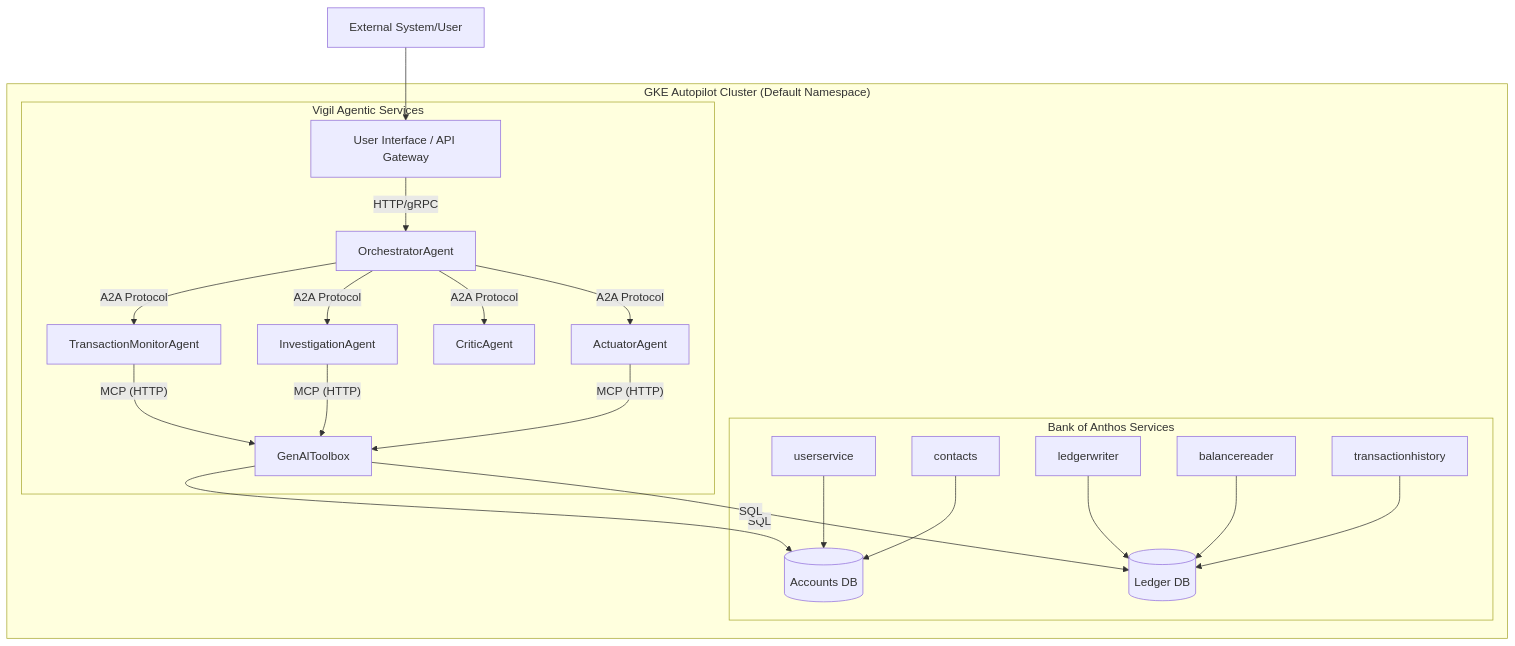
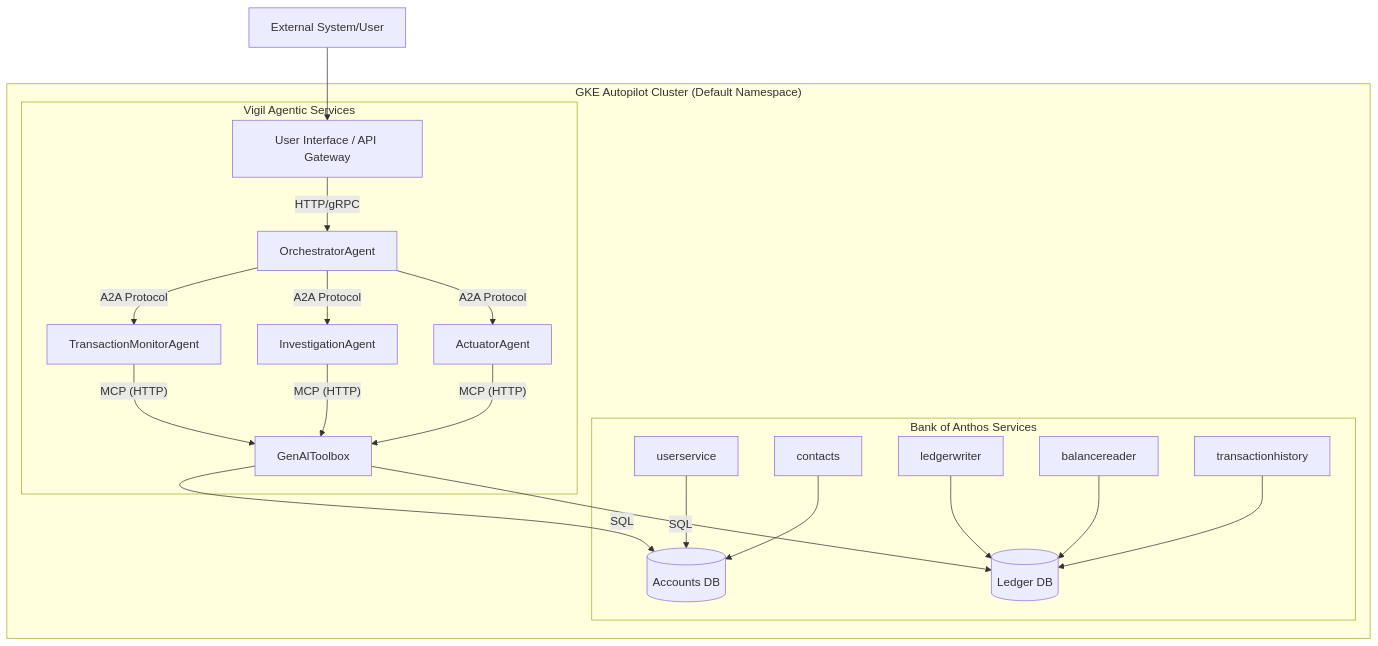
The diagram in README.md (dgexplores/vigil), drawn with Mermaid before and after one commit. The commit also changed other lines of this file and 5 other files, not shown here.

Commit message:
Refactor orchestrator to remove critic agent path

````diff
--- a/README.md
+++ b/README.md
@@ -15,30 +15,29 @@
 ```mermaid
 graph TD
     subgraph "GKE Autopilot Cluster (Default Namespace)"
         subgraph "Bank of Anthos Services"
             UserService[userservice] --> AccountsDB[(Accounts DB)]
             ContactsService[contacts] --> AccountsDB
             LedgerWriter[ledgerwriter] --> LedgerDB[(Ledger DB)]
             BalanceReader[balancereader] --> LedgerDB
             TransactionHistory[transactionhistory] --> LedgerDB
         end
 
         subgraph "Vigil Agentic Services"
             UI[User Interface / API Gateway] -- HTTP/gRPC --> OrchestratorAgent
 
             OrchestratorAgent -- A2A Protocol --> TransactionMonitorAgent
             OrchestratorAgent -- A2A Protocol --> InvestigationAgent
-            OrchestratorAgent -- A2A Protocol --> CriticAgent
             OrchestratorAgent -- A2A Protocol --> ActuatorAgent
 
             TransactionMonitorAgent -- MCP (HTTP) --> GenAlToolbox
             InvestigationAgent -- MCP (HTTP) --> GenAlToolbox
             ActuatorAgent -- MCP (HTTP) --> GenAlToolbox
 
             GenAlToolbox -- SQL --> AccountsDB
             GenAlToolbox -- SQL --> LedgerDB
         end
     end
 
     User[External System/User] --> UI
 ```
````
